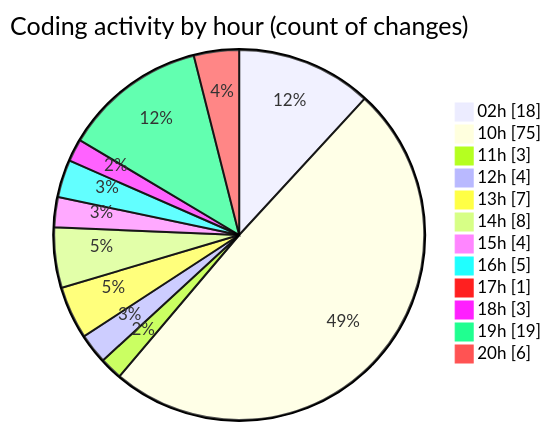
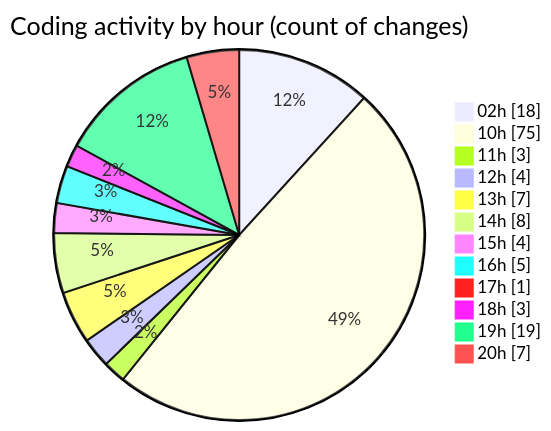
One commit to shibass792/code-tracking changed the second of 2 diagrams in 2026-07-08/twenty_versions_aminor/README.md. Above: the diagram before and after it, drawn with Mermaid. The commit also changed other lines of this file and 1 other file, not shown here.

````diff
--- a/2026-07-08/twenty_versions_aminor/README.md
+++ b/2026-07-08/twenty_versions_aminor/README.md
@@ -51,16 +52,16 @@
 ```mermaid
 pie showData
 title Coding activity by hour (count of changes)
 "02h" : 18
 "10h" : 75
 "11h" : 3
 "12h" : 4
 "13h" : 7
 "14h" : 8
 "15h" : 4
 "16h" : 5
 "17h" : 1
 "18h" : 3
 "19h" : 19
-"20h" : 6
+"20h" : 7
 ```
````
